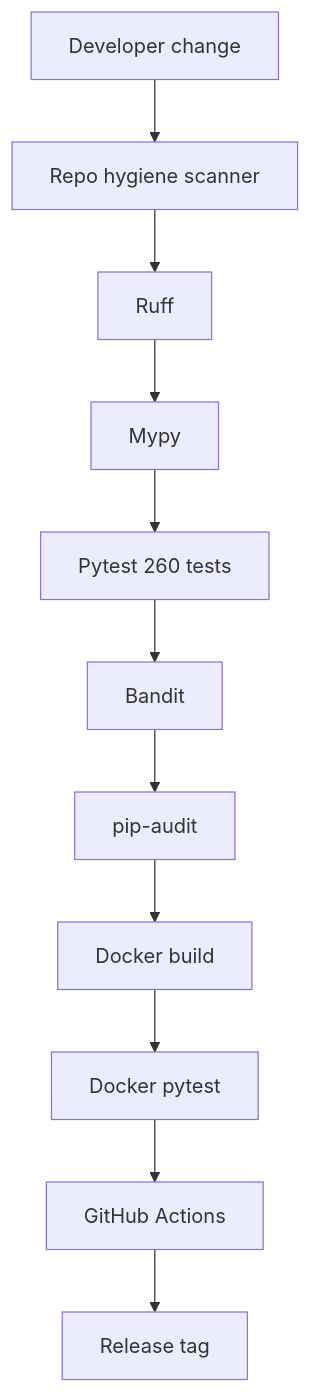
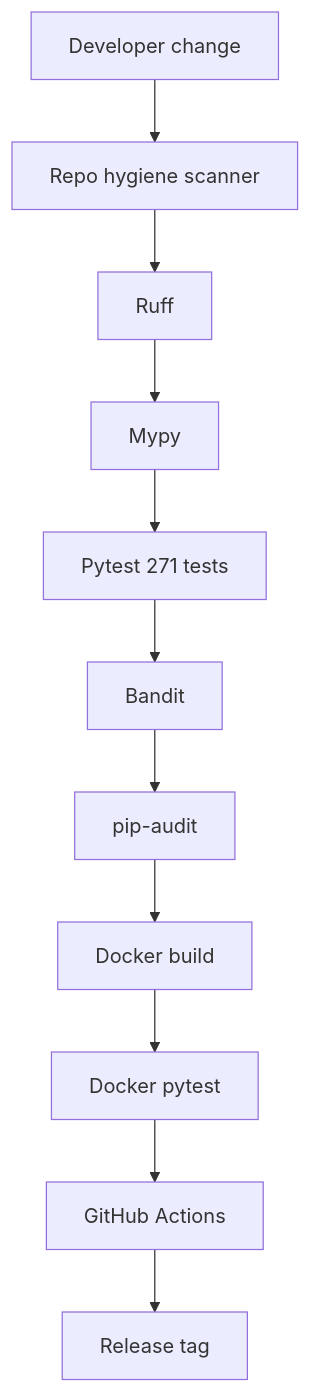
One commit to codethor0/llm-agent-control-plane-lab changed the fourth of 5 diagrams in docs/architecture.md. Above: the diagram before and after it, drawn with Mermaid. The commit also changed 26 other files, not shown here.

````diff
--- a/docs/architecture.md
+++ b/docs/architecture.md
@@ -119,16 +119,16 @@
 ```mermaid
 flowchart TD
   ch[Developer change]
   rh[Repo hygiene scanner]
   rf[Ruff]
   my[Mypy]
-  py[Pytest 260 tests]
+  py[Pytest 271 tests]
   bd[Bandit]
   pa[pip-audit]
   dk[Docker build]
   dt[Docker pytest]
   ga[GitHub Actions]
   rel[Release tag]
 
   ch --> rh --> rf --> my --> py --> bd --> pa --> dk --> dt --> ga --> rel
 ```
````
